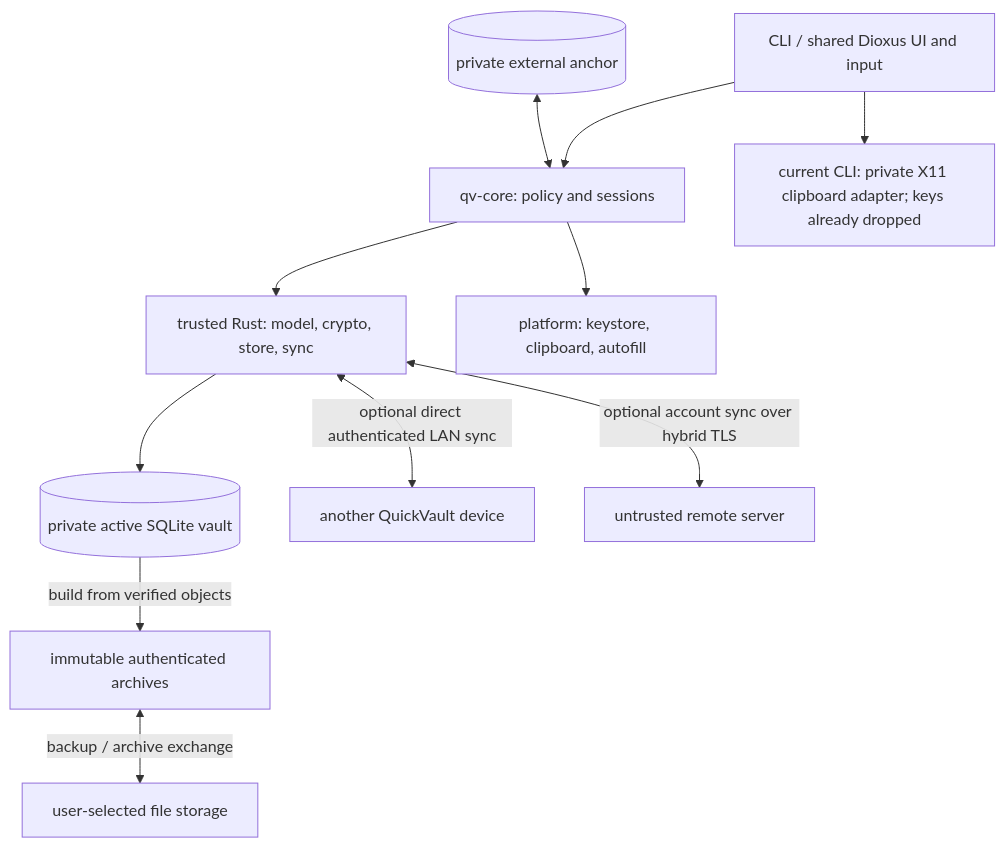
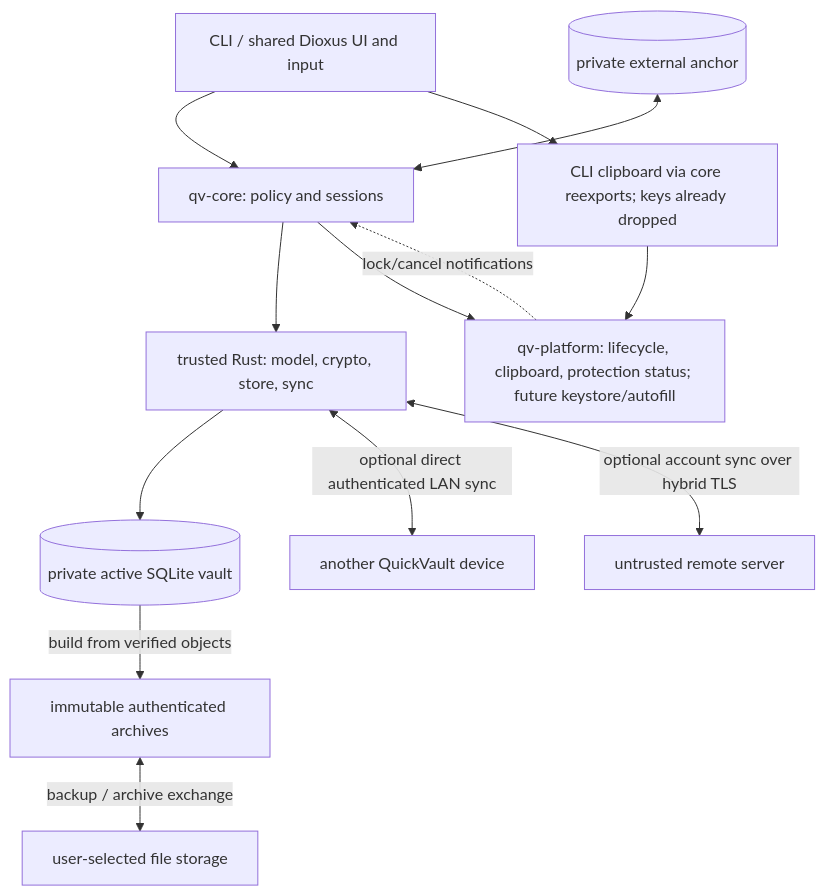
Before and after one commit to rdbo/quickvault: the diagram in ARCHITECTURE.md, drawn with Mermaid. The commit also changed other lines of this file and 42 other files, not shown here.

````diff
--- a/ARCHITECTURE.md
+++ b/ARCHITECTURE.md
@@ -291,13 +309,15 @@
 ```mermaid
 flowchart TB
     ui["CLI / shared Dioxus UI and input"] --> core["qv-core: policy and sessions"]
     core --> rust["trusted Rust: model, crypto, store, sync"]
-    core --> platform["platform: keystore, clipboard, autofill"]
-    ui --> clip["current CLI: private X11 clipboard adapter; keys already dropped"]
+    core --> platform["qv-platform: lifecycle, clipboard, protection status; future keystore/autofill"]
+    platform -. "lock/cancel notifications" .-> core
+    ui --> clip["CLI clipboard via core reexports; keys already dropped"]
+    clip --> platform
     rust --> db[("private active SQLite vault")]
     db -->|"build from verified objects"| snapshot["immutable authenticated archives"]
     snapshot <-->|"backup / archive exchange"| files["user-selected file storage"]
     rust <-->|"optional direct authenticated LAN sync"| peer["another QuickVault device"]
     rust <-->|"optional account sync over hybrid TLS"| server["untrusted remote server"]
     anchor[("private external anchor")] <--> core
 ```
````
